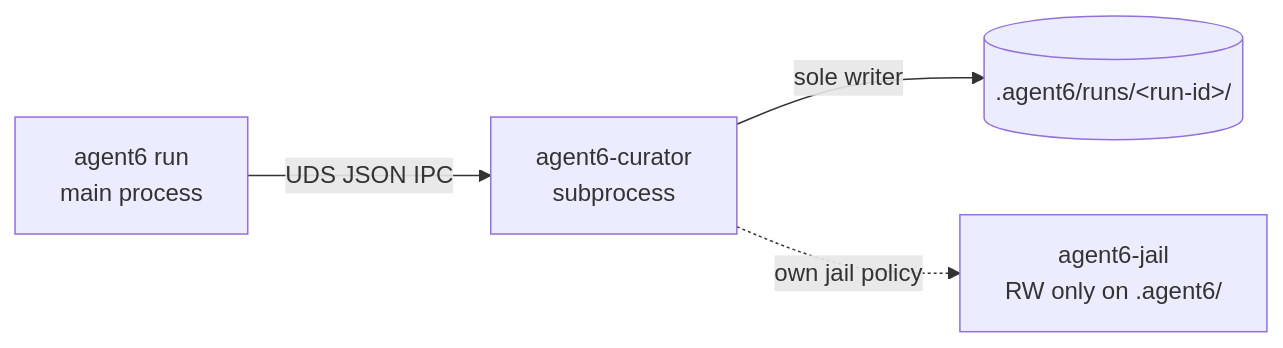
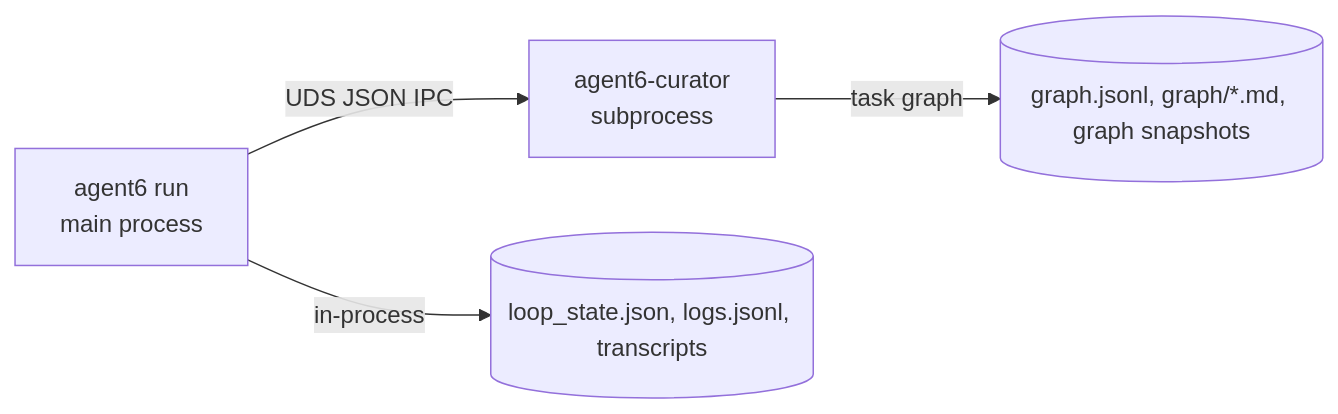
The fourth of 4 diagrams in ARCHITECTURE.md (agent6-dev/agent6), drawn with Mermaid before and after one commit. The commit also changed other lines of this file and 64 other files, not shown here.

````diff
--- a/ARCHITECTURE.md
+++ b/ARCHITECTURE.md
@@ -147,6 +156,6 @@
 ```mermaid
 flowchart LR
     Agent[agent6 run<br/>main process] -->|UDS JSON IPC| Curator[agent6-curator<br/>subprocess]
-    Curator -->|sole writer| RunDir[(.agent6/runs/&lt;run-id&gt;/)]
-    Curator -. own jail policy .-> JailC[agent6-jail<br/>RW only on .agent6/]
+    Curator -->|task graph| Graph[(graph.jsonl, graph/*.md, graph snapshots)]
+    Agent -->|in-process| Rest[(loop_state.json, logs.jsonl, transcripts)]
 ```
````
